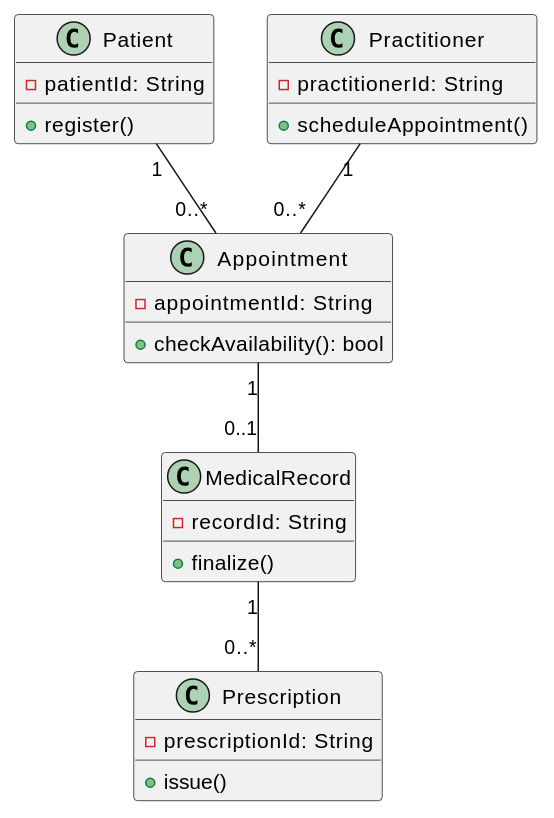
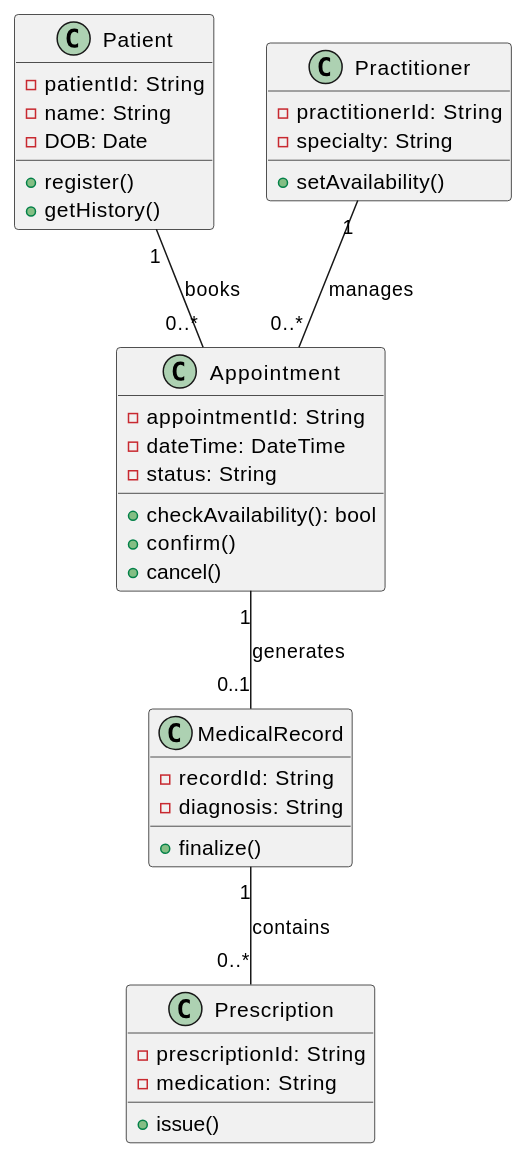
The diagram in stage03/SmartCare_v03_Domain_Model_workbook.md (u3330161/st1-assignment-2), drawn with PlantUML before and after one commit. The commit also changed other lines of this file and 3 other files, not shown here.

````diff
--- a/stage03/SmartCare_v03_Domain_Model_workbook.md
+++ b/stage03/SmartCare_v03_Domain_Model_workbook.md
@@ -49,28 +57,43 @@
 ```puml
 @startuml
 class Patient {
     - patientId: String
+    - name: String
+    - DOB: Date
     + register()
+    + getHistory()
 }
+
 class Practitioner {
     - practitionerId: String
-    + scheduleAppointment()
+    - specialty: String
+    + setAvailability()
 }
+
 class Appointment {
     - appointmentId: String
+    - dateTime: DateTime
+    - status: String
     + checkAvailability(): bool
+    + confirm()
+    + cancel()
 }
+
 class MedicalRecord {
     - recordId: String
+    - diagnosis: String
     + finalize()
 }
+
 class Prescription {
     - prescriptionId: String
+    - medication: String
     + issue()
 }
-Patient "1" -- "0..*" Appointment 
-Practitioner "1" -- "0..*" Appointment
-Appointment "1" -- "0..1" MedicalRecord
-MedicalRecord "1" -- "0..*" Prescription
+
+Patient "1" -- "0..*" Appointment : books
+Practitioner "1" -- "0..*" Appointment : manages
+Appointment "1" -- "0..1" MedicalRecord : generates
+MedicalRecord "1" -- "0..*" Prescription : contains
 @enduml
 ```
````
